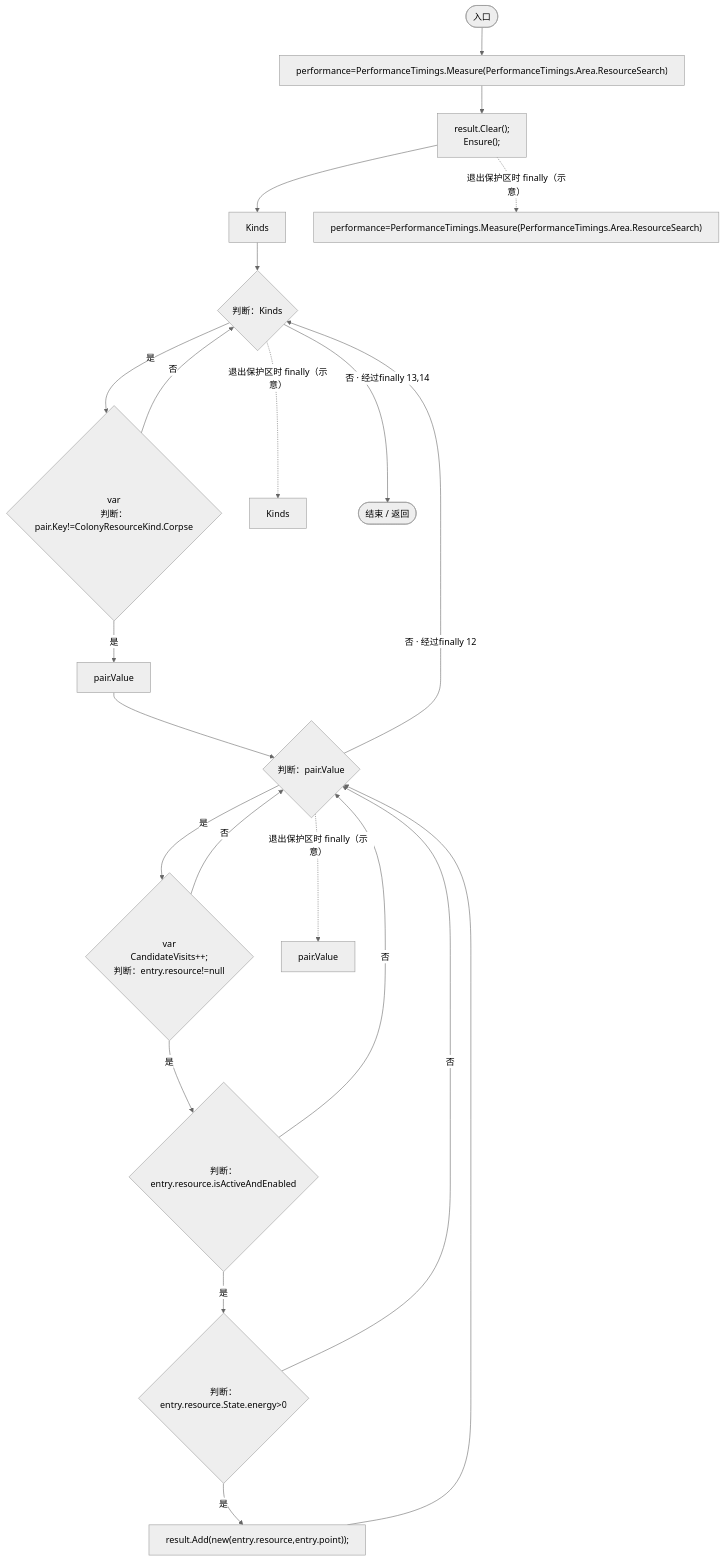
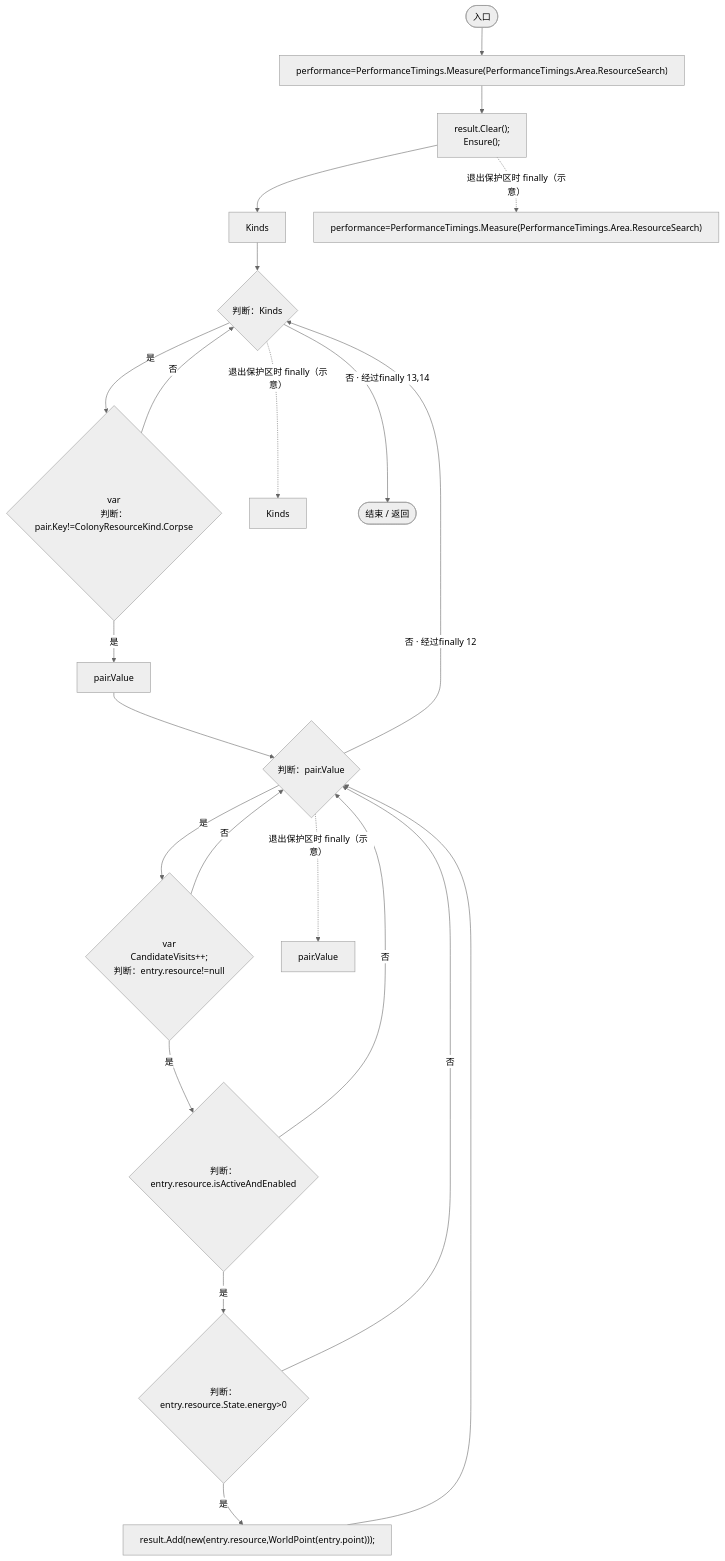
Diagram 24 of 26 in Docs/运行流程图/脚本/93d731ac01e3af48.md (xhs6666/Darwin_paradise), drawn with Mermaid (neutral theme) before and after one commit. The commit also changed other lines of this file and 297 other files, not shown here.

````diff
--- a/Docs/运行流程图/脚本/93d731ac01e3af48.md
+++ b/Docs/运行流程图/脚本/93d731ac01e3af48.md
@@ -688,41 +969,41 @@
 ```mermaid
 flowchart TD
   b0(["入口"])
   b1["performance=PerformanceTimings.Measure(PerformanceTimings.Area.ResourceSearch)"]
   b2["result.Clear();<br/>Ensure();"]
   b3["Kinds"]
   b4{"判断：Kinds"}
   b5{"var<br/>判断：pair.Key!=ColonyResourceKind.Corpse"}
   b6["pair.Value"]
   b7{"判断：pair.Value"}
   b8{"var<br/>CandidateVisits++;<br/>判断：entry.resource!=null"}
   b9{"判断：entry.resource.isActiveAndEnabled"}
   b10{"判断：entry.resource.State.energy&gt;0"}
-  b11["result.Add(new(entry.resource,entry.point));"]
+  b11["result.Add(new(entry.resource,WorldPoint(entry.point)));"]
   b12["pair.Value"]
   b13["Kinds"]
   b14["performance=PerformanceTimings.Measure(PerformanceTimings.Area.ResourceSearch)"]
   b15(["结束 / 返回"])
   b0 --> b1
   b1 --> b2
   b2 --> b3
   b3 --> b4
   b4 -->|"是"| b5
   b4 -->|"否 · 经过finally 13,14"| b15
   b5 -->|"是"| b6
   b5 -->|"否"| b4
   b6 --> b7
   b7 -->|"是"| b8
   b7 -->|"否 · 经过finally 12"| b4
   b8 -->|"是"| b9
   b8 -->|"否"| b7
   b9 -->|"是"| b10
   b9 -->|"否"| b7
   b10 -->|"是"| b11
   b10 -->|"否"| b7
   b11 --> b7
   b7 -. "退出保护区时 finally（示意）" .-> b12
   b4 -. "退出保护区时 finally（示意）" .-> b13
   b2 -. "退出保护区时 finally（示意）" .-> b14
 
 ```
````
